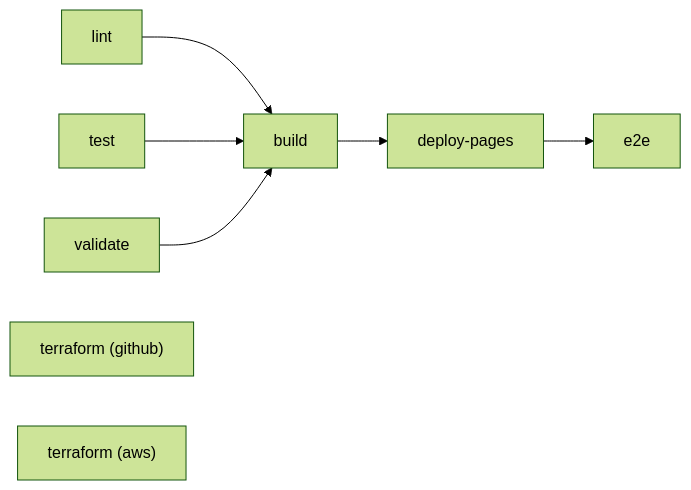
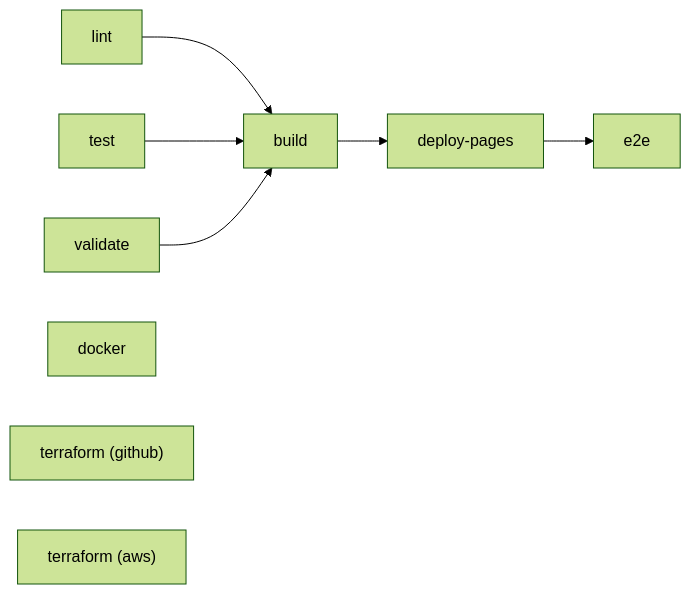
Before and after one commit to joaovictorrochaferreira/assistente-qa: the first of 2 diagrams in README.md, drawn with Mermaid (forest theme). The commit also changed other lines of this file and 33 other files, not shown here.

````diff
--- a/README.md
+++ b/README.md
@@ -113,10 +129,11 @@
 ```mermaid
 flowchart LR
     lint --> build
     test --> build
     validate --> build
     build --> deploy-pages
     deploy-pages --> e2e
+    docker
     tf_github["terraform (github)"]
     tf_aws["terraform (aws)"]
 ```
````
